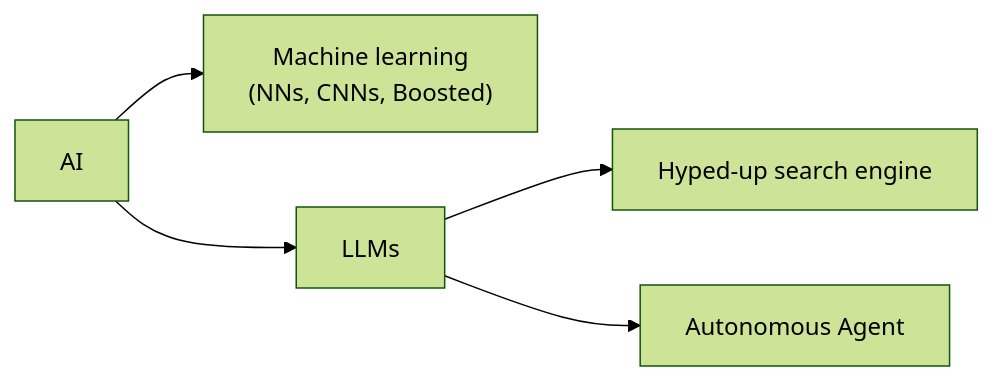
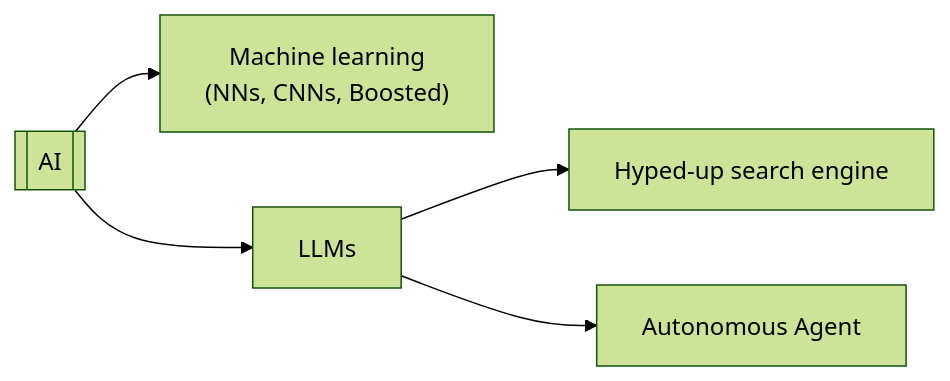
The second of 5 diagrams in module1.qmd (bfanson/2026_Workshops), drawn with Mermaid (forest theme) before and after one commit. The commit also changed other lines of this file and 6 other files, not shown here.

````diff
--- a/module1.qmd
+++ b/module1.qmd
@@ -109,14 +115,14 @@
 ```{mermaid}
 %%| label: fig-agent
 %%| fig-cap: Thinking about AI and LLMs []
 
-graph LR
+flowchart LR
 
-    AI["AI"]
+    AI[["AI"]]
 
     AI --> ML["Machine learning<br> (NNs, CNNs, Boosted)"]
     AI --> LLM["LLMs"]
     LLM --> bot["Hyped-up search engine"]
     LLM --> agent["Autonomous Agent"]
 
 ```
````
